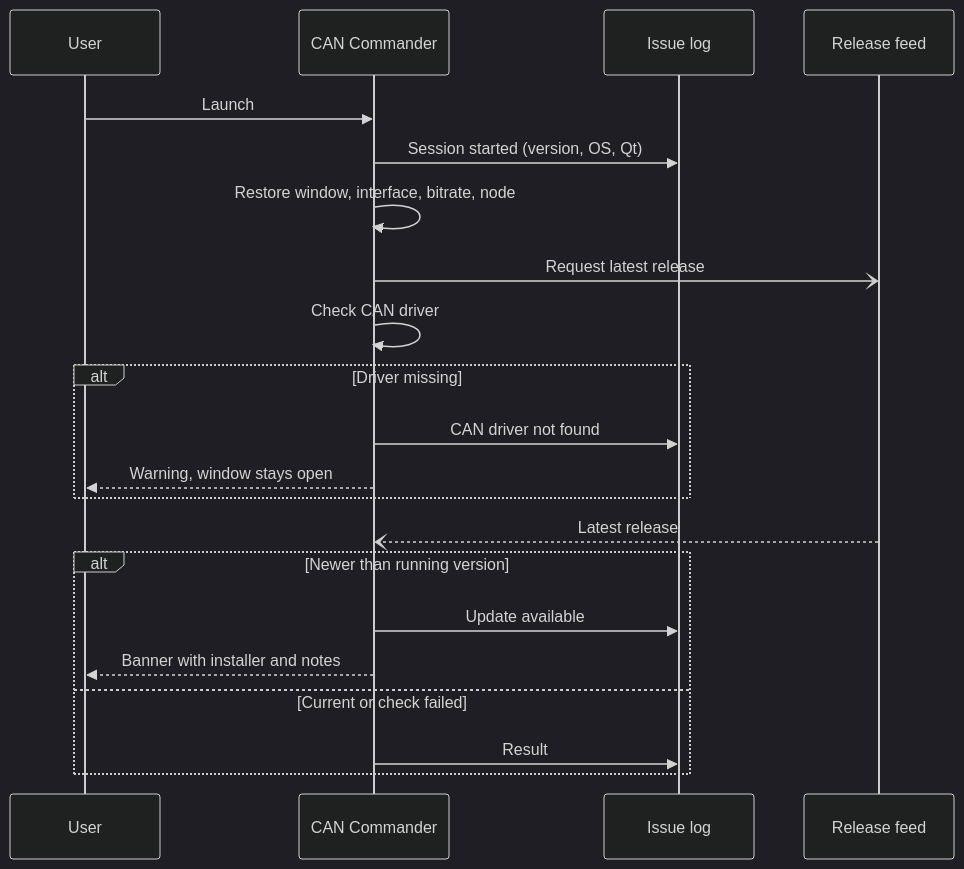
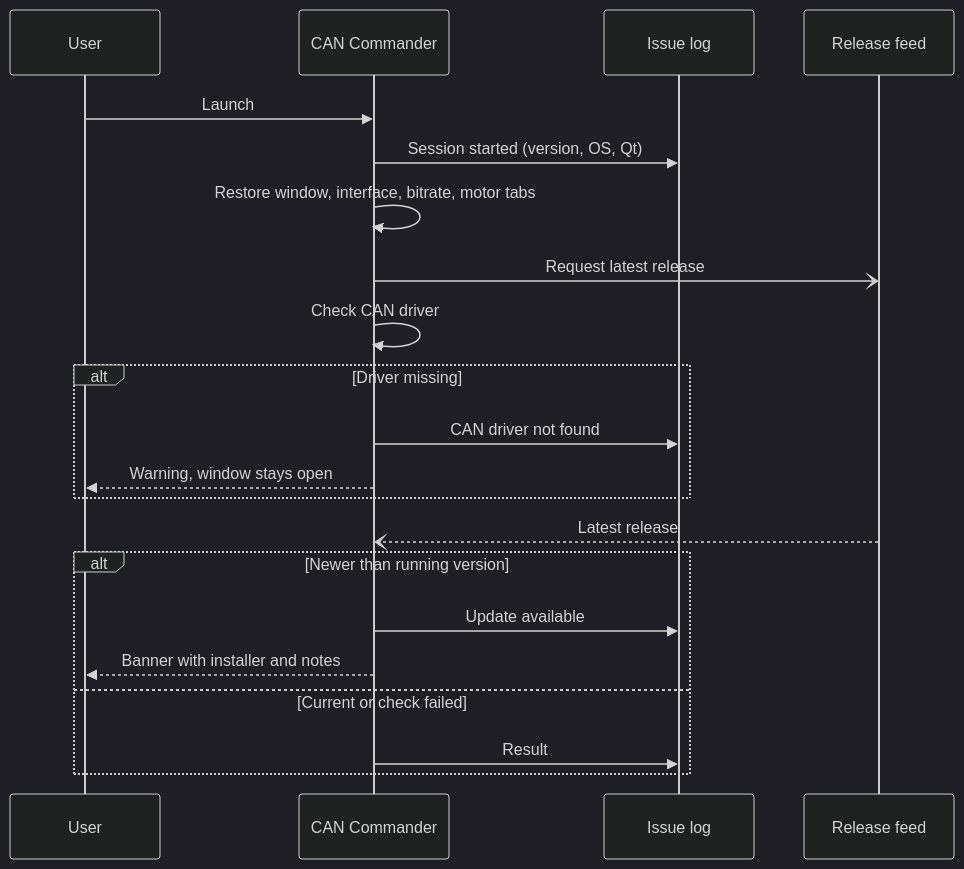
One commit to embedded-pro/e-foc changed the third of 5 diagrams in documentation/design/tool-can-commander.md. Above: the diagram before and after it, drawn with Mermaid (dark theme). The commit also changed other lines of this file and 39 other files, not shown here.

````diff
--- a/documentation/design/tool-can-commander.md
+++ b/documentation/design/tool-can-commander.md
@@ -181,23 +228,23 @@
 ```mermaid
 sequenceDiagram
     participant User
     participant Tool as CAN Commander
     participant Log as Issue log
     participant Feed as Release feed
     User->>Tool: Launch
     Tool->>Log: Session started (version, OS, Qt)
-    Tool->>Tool: Restore window, interface, bitrate, node
+    Tool->>Tool: Restore window, interface, bitrate, motor tabs
     Tool-)Feed: Request latest release
     Tool->>Tool: Check CAN driver
     alt Driver missing
         Tool->>Log: CAN driver not found
         Tool-->>User: Warning, window stays open
     end
     Feed--)Tool: Latest release
     alt Newer than running version
         Tool->>Log: Update available
         Tool-->>User: Banner with installer and notes
     else Current or check failed
         Tool->>Log: Result
     end
 ```
````
